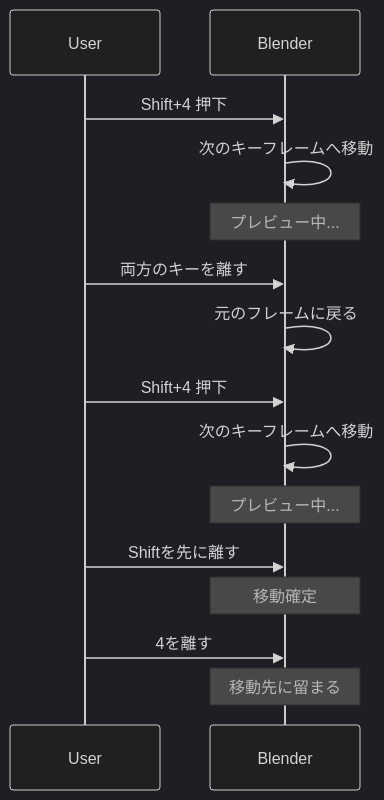
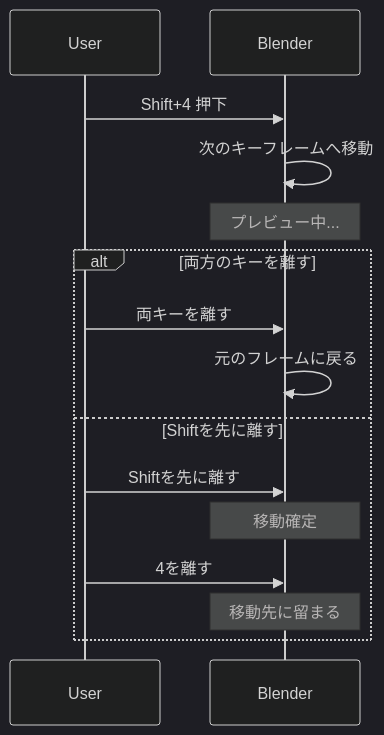
The diagram in docs/USER_GUIDE_JA.md (Pluglug/graph_monkey), drawn with Mermaid (dark theme) before and after one commit. The commit also changed other lines of this file, not shown here.

First line of the commit message:
feat: Revise Japanese User Guide with updated content and structure

````diff
--- a/docs/USER_GUIDE_JA.md
+++ b/docs/USER_GUIDE_JA.md
@@ -214,19 +140,19 @@
 ```mermaid
 sequenceDiagram
     participant User
     participant Blender
 
     User->>Blender: Shift+4 押下
     Blender->>Blender: 次のキーフレームへ移動
     Note over Blender: プレビュー中...
-    User->>Blender: 両方のキーを離す
-    Blender->>Blender: 元のフレームに戻る
 
-    User->>Blender: Shift+4 押下
-    Blender->>Blender: 次のキーフレームへ移動
-    Note over Blender: プレビュー中...
-    User->>Blender: Shiftを先に離す
-    Note over Blender: 移動確定
-    User->>Blender: 4を離す
-    Note over Blender: 移動先に留まる
+    alt 両方のキーを離す
+        User->>Blender: 両キーを離す
+        Blender->>Blender: 元のフレームに戻る
+    else Shiftを先に離す
+        User->>Blender: Shiftを先に離す
+        Note over Blender: 移動確定
+        User->>Blender: 4を離す
+        Note over Blender: 移動先に留まる
+    end
 ```
````
